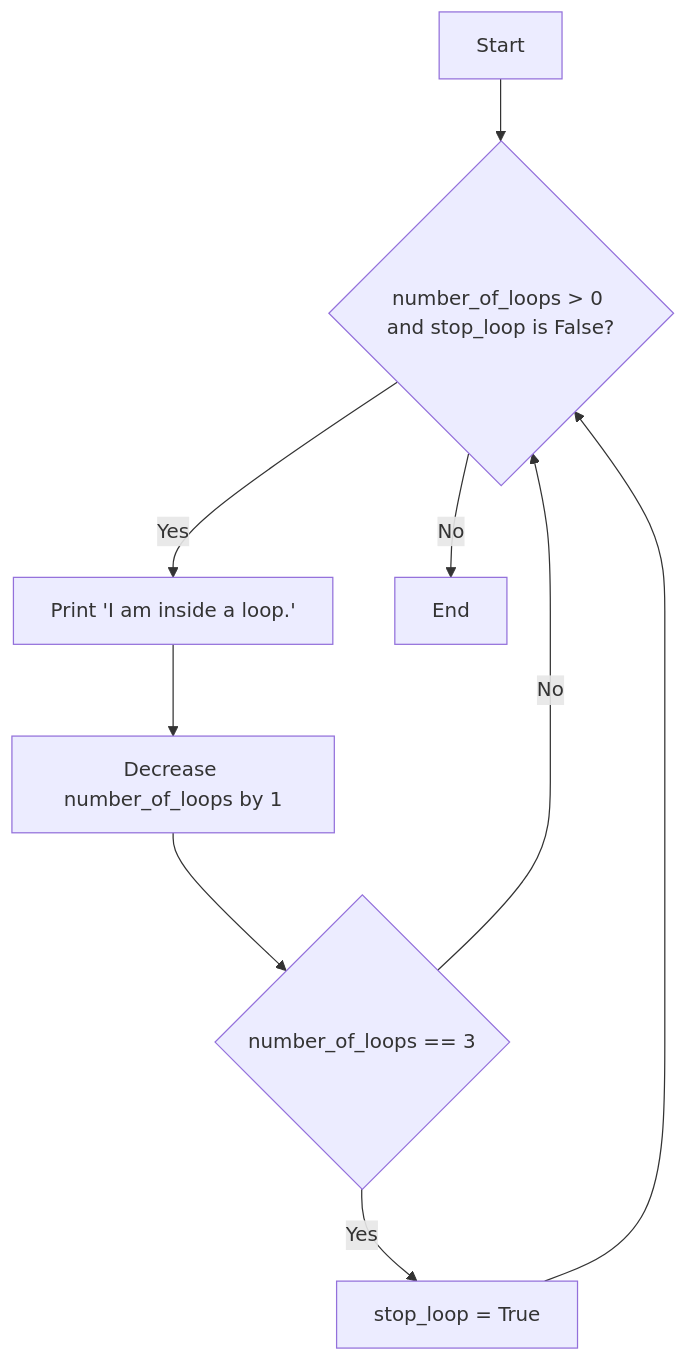
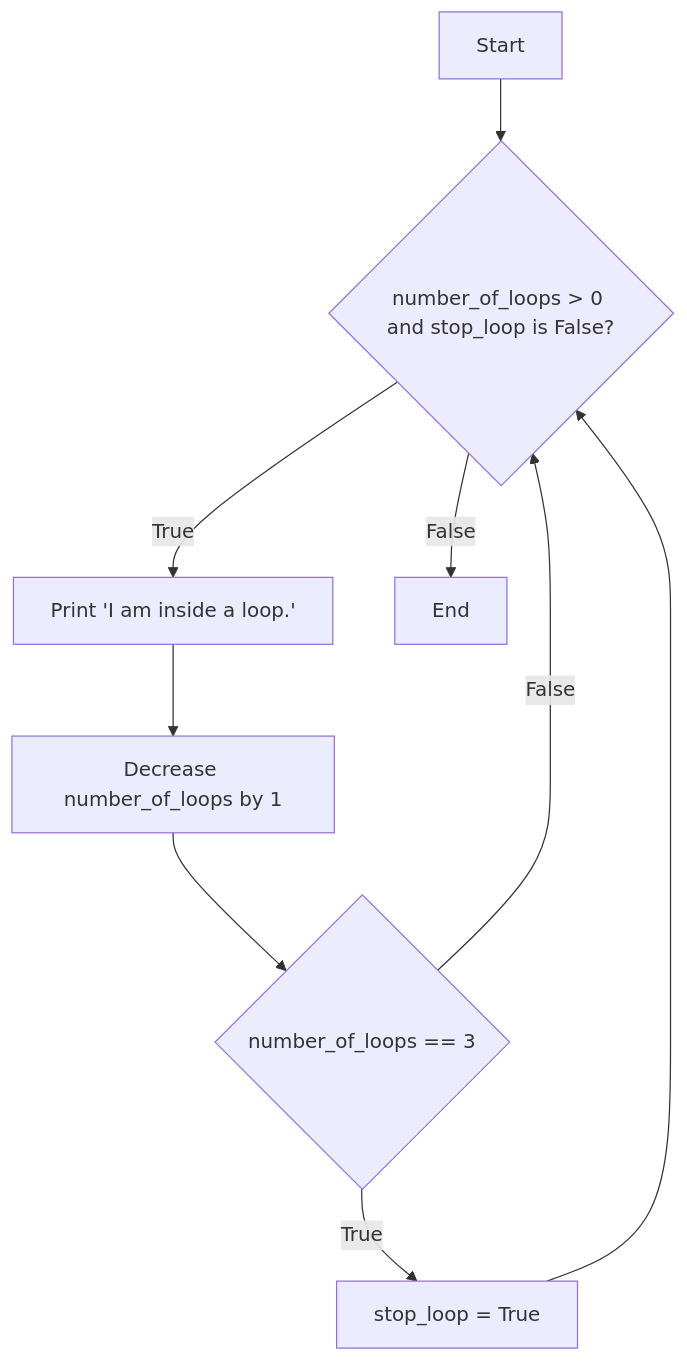
One commit to rahmanda/ayongulik changed the second of 3 diagrams in courses/level-0/algoritma-menggunakan-python/6-looping-dan-debugging.md. Above: the diagram before and after it, drawn with Mermaid. The commit also changed other lines of this file and 1 other file, not shown here.

Commit message:
docs(algoritma): replace diagram with True and False for branching

````diff
--- a/courses/level-0/algoritma-menggunakan-python/6-looping-dan-debugging.md
+++ b/courses/level-0/algoritma-menggunakan-python/6-looping-dan-debugging.md
@@ -83,11 +83,11 @@
 ```mermaid
 flowchart TD
     A[Start] --> B{number_of_loops > 0 and stop_loop is False?}
-    B -- Yes --> C[Print 'I am inside a loop.']
+    B -- True --> C[Print 'I am inside a loop.']
     C --> D[Decrease number_of_loops by 1]
     D --> E{number_of_loops == 3}
-    E -- Yes --> F[stop_loop = True]
+    E -- True --> F[stop_loop = True]
     F --> B
-    E -- No --> B
-    B -- No --> G[End] 
+    E -- False --> B
+    B -- False --> G[End] 
 ```
````
